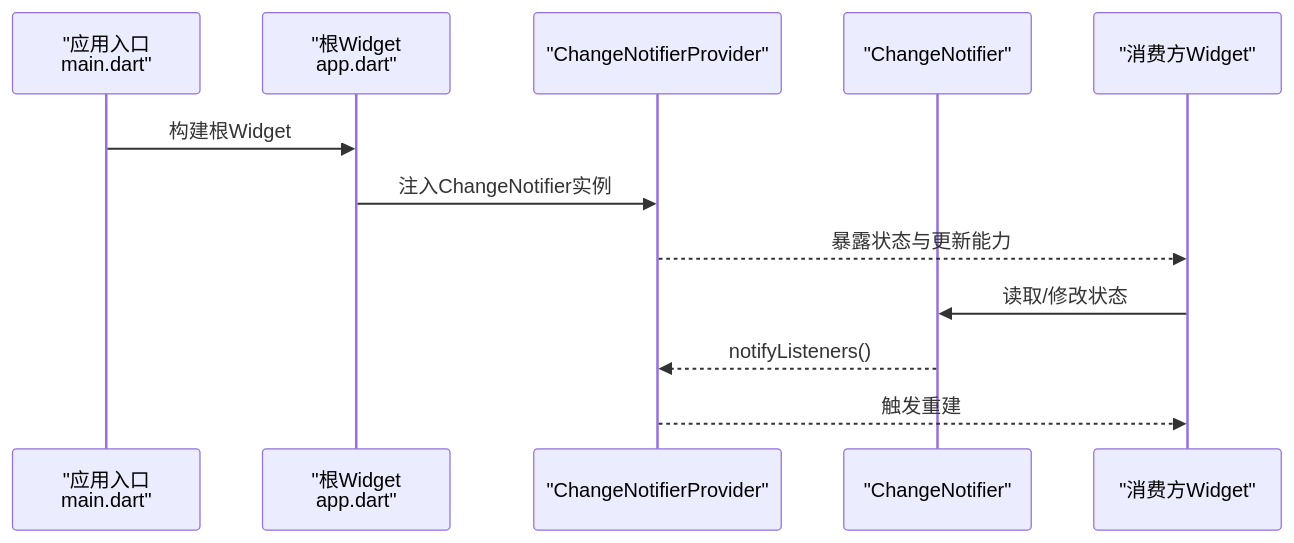
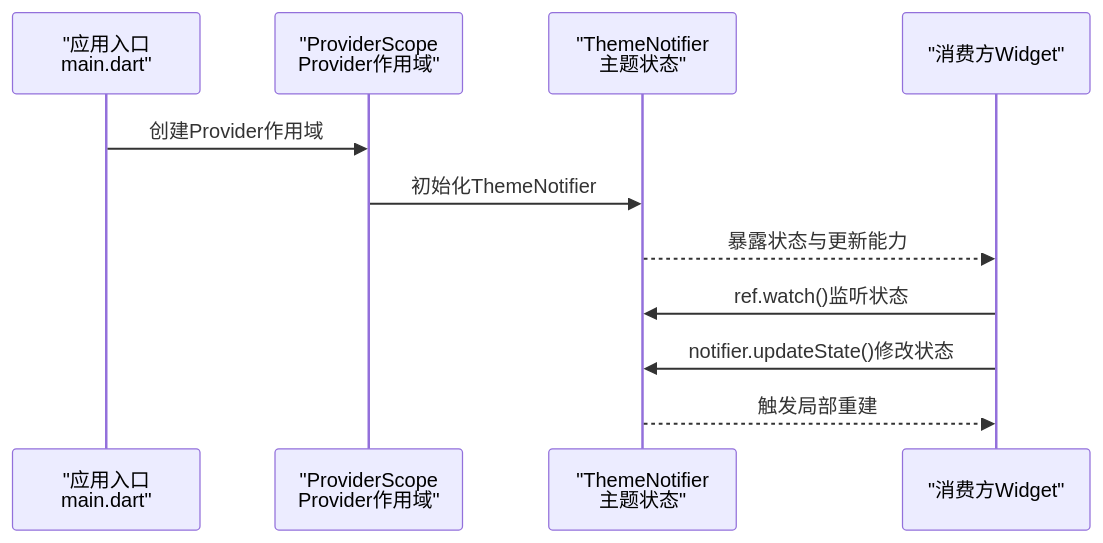
One commit to ZhangGHGitHub/LegadoTeamFlutter changed the second of 8 diagrams in .qoder/repowiki/zh/content/Flutter跨平台应用/状态管理/Provider基础概念.md. Above: the diagram before and after it, drawn with Mermaid. The commit also changed other lines of this file and 173 other files, not shown here.

````diff
--- a/.qoder/repowiki/zh/content/Flutter跨平台应用/状态管理/Provider基础概念.md
+++ b/.qoder/repowiki/zh/content/Flutter跨平台应用/状态管理/Provider基础概念.md
@@ -74,14 +101,13 @@
 ```mermaid
 sequenceDiagram
 participant App as "应用入口<br/>main.dart"
-participant Root as "根Widget<br/>app.dart"
-participant Provider as "ChangeNotifierProvider"
-participant Notifier as "ChangeNotifier"
+participant Scope as "ProviderScope<br/>Provider作用域"
+participant Theme as "ThemeNotifier<br/>主题状态"
 participant Consumer as "消费方Widget"
-App->>Root : 构建根Widget
-Root->>Provider : 注入ChangeNotifier实例
-Provider-->>Consumer : 暴露状态与更新能力
-Consumer->>Notifier : 读取/修改状态
-Notifier-->>Provider : notifyListeners()
-Provider-->>Consumer : 触发重建
+App->>Scope : 创建Provider作用域
+Scope->>Theme : 初始化ThemeNotifier
+Theme-->>Consumer : 暴露状态与更新能力
+Consumer->>Theme : ref.watch()监听状态
+Consumer->>Theme : notifier.updateState()修改状态
+Theme-->>Consumer : 触发局部重建
 ```
````
